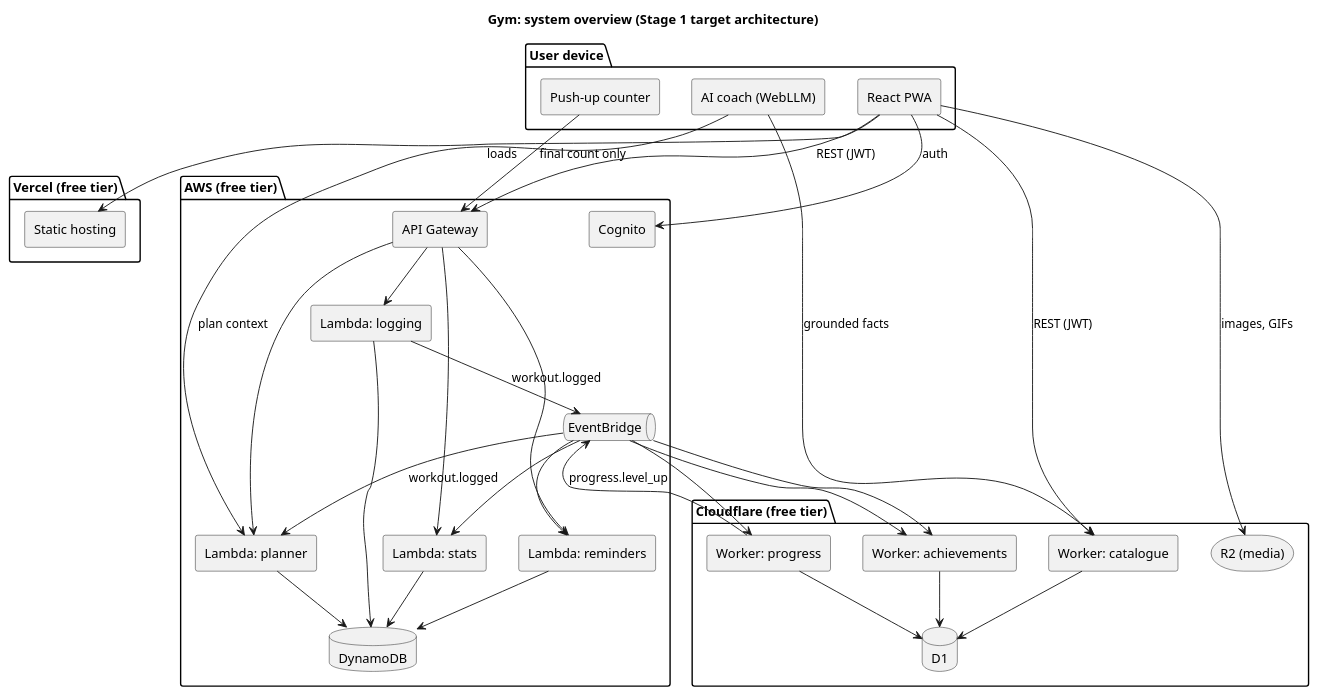
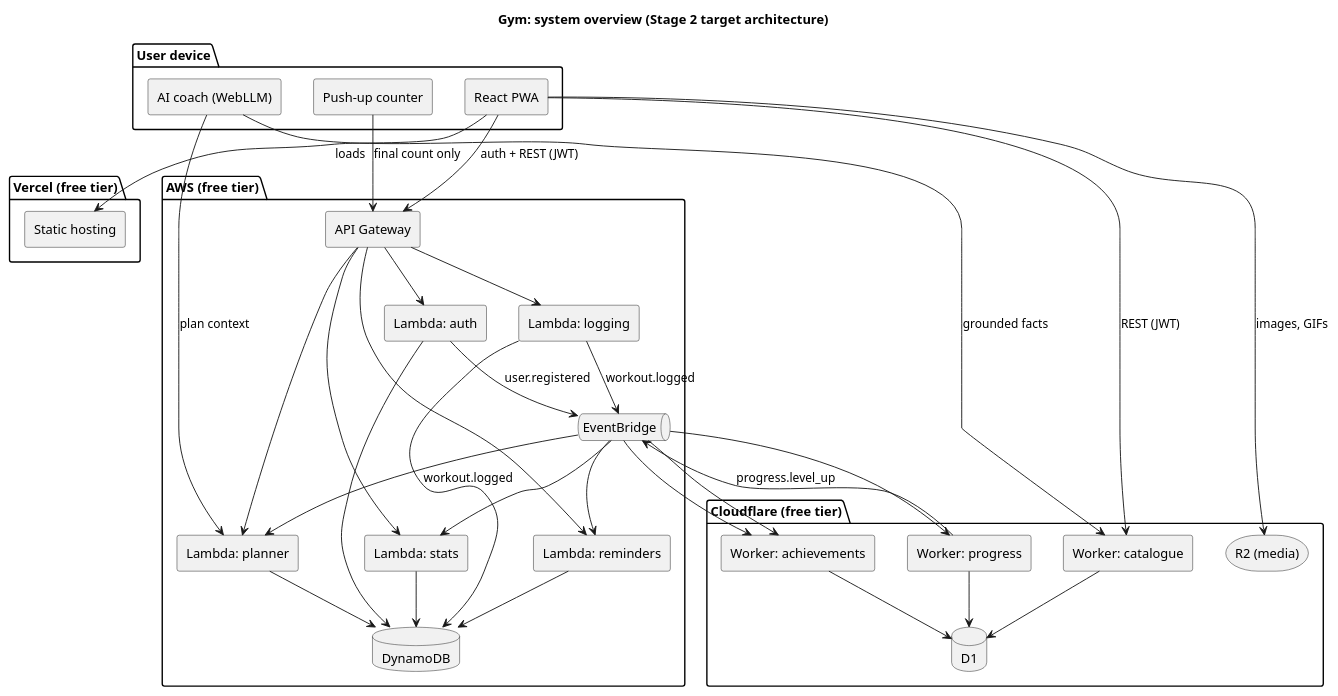
One commit to bobosiband/Gym changed the diagram in docs/uml/system/overview.puml. Above: the diagram before and after it, drawn with PlantUML. The commit also changed 103 other files, not shown here.

```diff
--- a/docs/uml/system/overview.puml
+++ b/docs/uml/system/overview.puml
@@ -1,67 +1,69 @@
 @startuml system-overview
-title Gym: system overview (Stage 1 target architecture)
+title Gym: system overview (Stage 2 target architecture)
 
 skinparam componentStyle rectangle
 skinparam shadowing false
 
 package "User device" {
   [React PWA] as PWA
   [Push-up counter] as PushupCounter
   [AI coach (WebLLM)] as Coach
 }
 
 package "Vercel (free tier)" {
   [Static hosting] as Hosting
 }
 
 package "AWS (free tier)" {
-  [Cognito] as Cognito
   [API Gateway] as APIGW
+  [Lambda: auth] as LambdaAuth
   [Lambda: logging] as LambdaLogging
   [Lambda: stats] as LambdaStats
   [Lambda: planner] as LambdaPlanner
   [Lambda: reminders] as LambdaReminders
   database "DynamoDB" as DynamoDB
   queue "EventBridge" as EventBridge
 }
 
 package "Cloudflare (free tier)" {
   [Worker: catalogue] as WCatalogue
   [Worker: progress] as WProgress
   [Worker: achievements] as WAchievements
   database "D1" as D1
   storage "R2 (media)" as R2
 }
 
 PWA --> Hosting : loads
-PWA --> Cognito : auth
-PWA --> APIGW : REST (JWT)
+PWA --> APIGW : auth + REST (JWT)
 PWA --> WCatalogue : REST (JWT)
 PWA --> R2 : images, GIFs
 PushupCounter --> APIGW : final count only
 Coach --> WCatalogue : grounded facts
 Coach --> LambdaPlanner : plan context
 
+APIGW --> LambdaAuth
 APIGW --> LambdaLogging
 APIGW --> LambdaStats
 APIGW --> LambdaPlanner
 APIGW --> LambdaReminders
 
+LambdaAuth --> DynamoDB
 LambdaLogging --> DynamoDB
 LambdaStats --> DynamoDB
 LambdaPlanner --> DynamoDB
 LambdaReminders --> DynamoDB
 WCatalogue --> D1
 WProgress --> D1
 WAchievements --> D1
 
+LambdaAuth --> EventBridge : user.registered
 LambdaLogging --> EventBridge : workout.logged
 EventBridge --> LambdaStats
 EventBridge --> LambdaPlanner : workout.logged
 EventBridge --> WProgress
 EventBridge --> WAchievements
 EventBridge --> LambdaReminders
 WProgress --> EventBridge : progress.level_up
 EventBridge --> WAchievements
 
 @enduml
```
